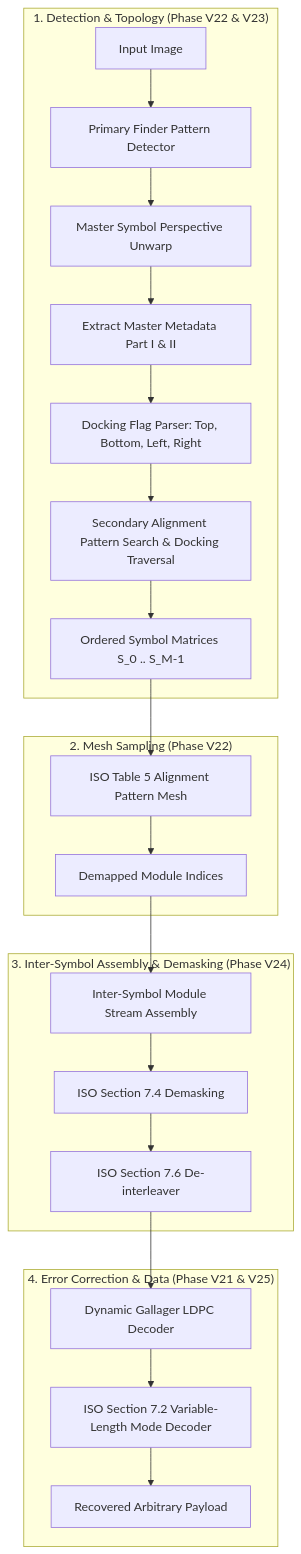
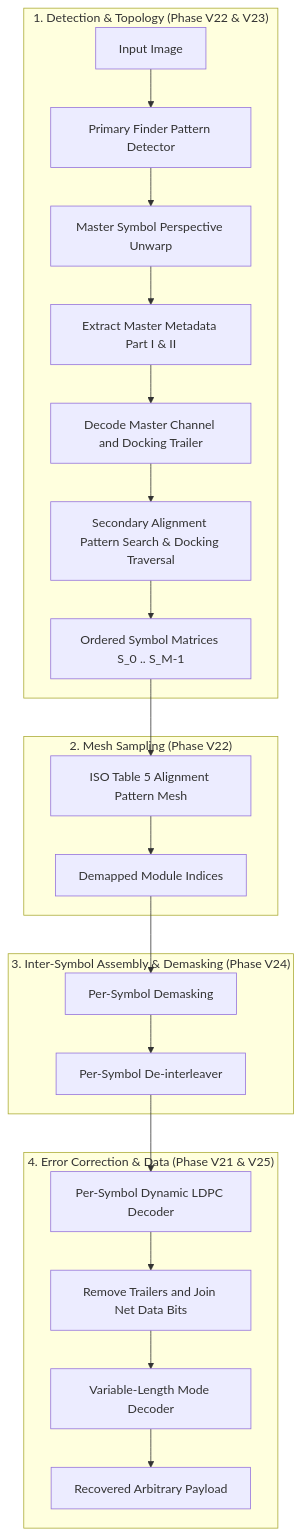
Before and after one commit to firestrand/pyhue2d: the diagram in docs/plans/2026-09-25-generalized-multisymbol-plan.md, drawn with Mermaid. The commit also changed other lines of this file and 28 other files, not shown here.

````diff
--- a/docs/plans/2026-09-25-generalized-multisymbol-plan.md
+++ b/docs/plans/2026-09-25-generalized-multisymbol-plan.md
@@ -13,28 +15,29 @@
 ```mermaid
 flowchart TD
     subgraph Detection ["1. Detection & Topology (Phase V22 & V23)"]
         Img[Input Image] --> MasterFinder[Primary Finder Pattern Detector]
         MasterFinder --> MasterUnwarp[Master Symbol Perspective Unwarp]
         MasterUnwarp --> MasterMeta[Extract Master Metadata Part I & II]
-        MasterMeta --> DockScan[Docking Flag Parser: Top, Bottom, Left, Right]
+        MasterMeta --> DockScan[Decode Master Channel and Docking Trailer]
         DockScan --> SlaveSearch[Secondary Alignment Pattern Search & Docking Traversal]
         SlaveSearch --> MultiMatrix[Ordered Symbol Matrices S_0 .. S_M-1]
     end
 
     subgraph Sampling ["2. Mesh Sampling (Phase V22)"]
         MultiMatrix --> AlignGrid[ISO Table 5 Alignment Pattern Mesh]
         AlignGrid --> SampledModules[Demapped Module Indices]
     end
 
     subgraph Channel ["3. Inter-Symbol Assembly & Demasking (Phase V24)"]
-        SampledModules --> InterSymbol[Inter-Symbol Module Stream Assembly]
-        InterSymbol --> Demask[ISO Section 7.4 Demasking]
-        Demask --> Deinterleave[ISO Section 7.6 De-interleaver]
+        SampledModules --> Demask[Per-Symbol Demasking]
+
+        Demask --> Deinterleave[Per-Symbol De-interleaver]
     end
 
     subgraph Decoding ["4. Error Correction & Data (Phase V21 & V25)"]
-        Deinterleave --> LDPCEngine[Dynamic Gallager LDPC Decoder]
-        LDPCEngine --> DataModes[ISO Section 7.2 Variable-Length Mode Decoder]
+        Deinterleave --> LDPCEngine[Per-Symbol Dynamic LDPC Decoder]
+        LDPCEngine --> InterSymbol[Remove Trailers and Join Net Data Bits]
+        InterSymbol --> DataModes[Variable-Length Mode Decoder]
         DataModes --> PayloadOut[Recovered Arbitrary Payload]
     end
 ```
````
